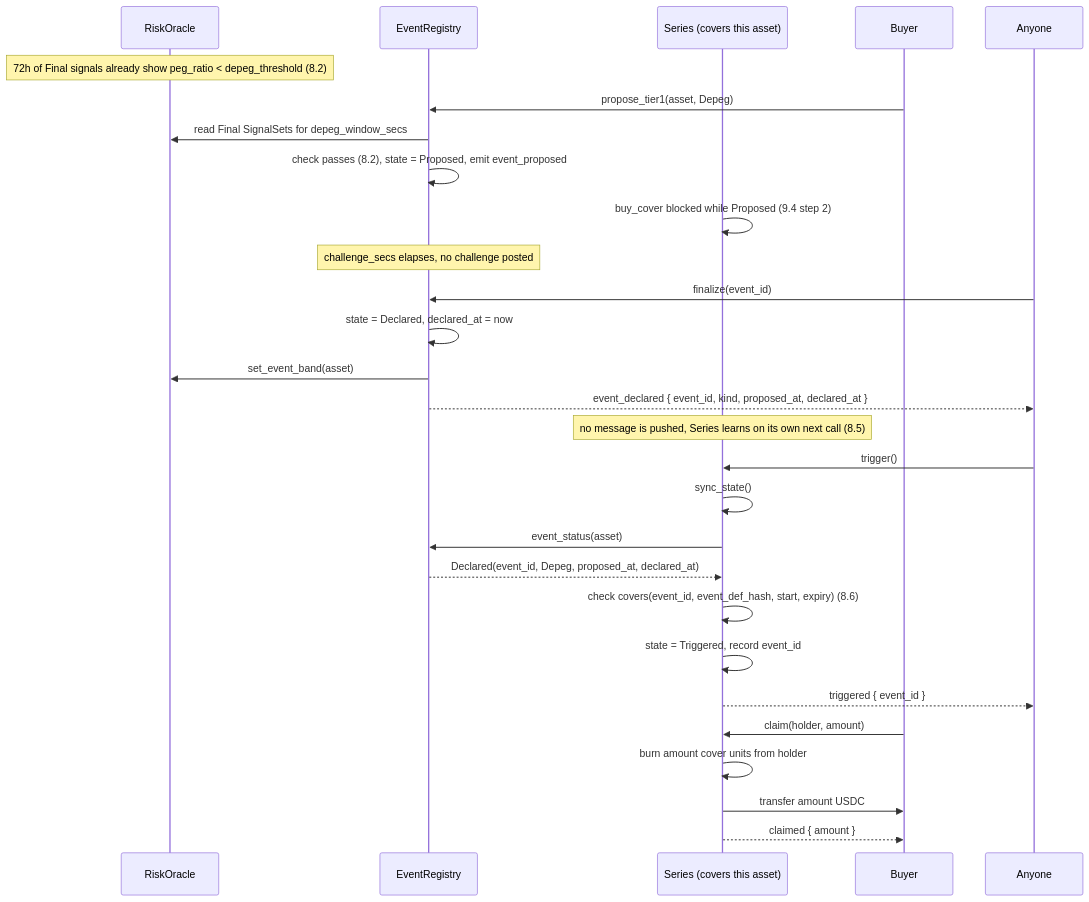
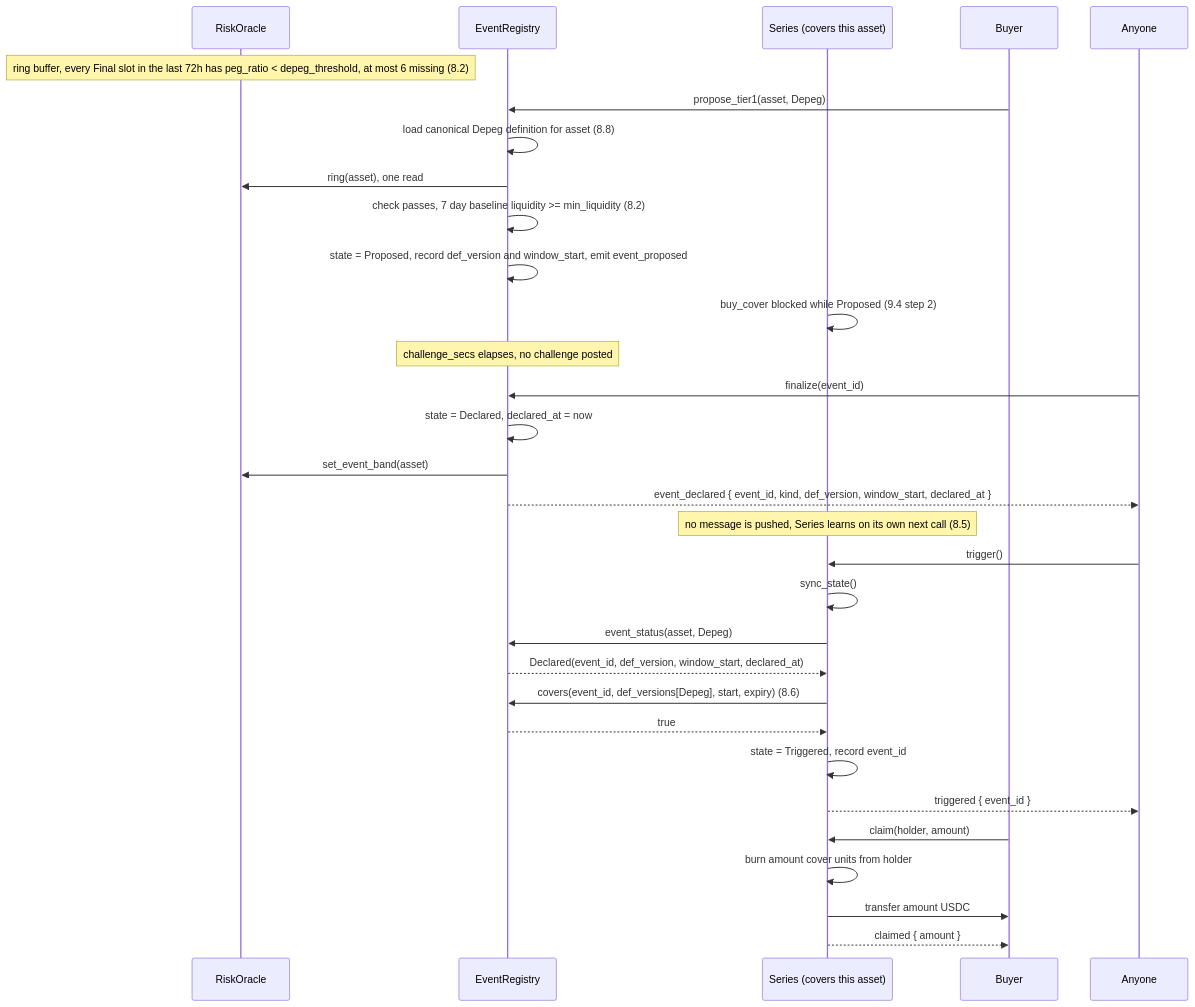
Before and after one commit to Sylox-labs/sylox: the eighth of 14 diagrams in technical-doc.md, drawn with Mermaid. The commit also changed other lines of this file, not shown here.

````diff
--- a/technical-doc.md
+++ b/technical-doc.md
@@ -648,33 +949,36 @@
 ```mermaid
 sequenceDiagram
   participant Oracle as RiskOracle
   participant Registry as EventRegistry
   participant Series as Series (covers this asset)
   participant Buyer
 
-  Note over Oracle: 72h of Final signals already show peg_ratio < depeg_threshold (8.2)
+  Note over Oracle: ring buffer, every Final slot in the last 72h has peg_ratio < depeg_threshold, at most 6 missing (8.2)
   Buyer->>Registry: propose_tier1(asset, Depeg)
-  Registry->>Oracle: read Final SignalSets for depeg_window_secs
-  Registry->>Registry: check passes (8.2), state = Proposed, emit event_proposed
+  Registry->>Registry: load canonical Depeg definition for asset (8.8)
+  Registry->>Oracle: ring(asset), one read
+  Registry->>Registry: check passes, 7 day baseline liquidity >= min_liquidity (8.2)
+  Registry->>Registry: state = Proposed, record def_version and window_start, emit event_proposed
   Series->>Series: buy_cover blocked while Proposed (9.4 step 2)
 
   Note over Registry: challenge_secs elapses, no challenge posted
   Anyone->>Registry: finalize(event_id)
   Registry->>Registry: state = Declared, declared_at = now
   Registry->>Oracle: set_event_band(asset)
-  Registry-->>Anyone: event_declared { event_id, kind, proposed_at, declared_at }
+  Registry-->>Anyone: event_declared { event_id, kind, def_version, window_start, declared_at }
 
   Note over Series: no message is pushed, Series learns on its own next call (8.5)
   Anyone->>Series: trigger()
   Series->>Series: sync_state()
-  Series->>Registry: event_status(asset)
-  Registry-->>Series: Declared(event_id, Depeg, proposed_at, declared_at)
-  Series->>Series: check covers(event_id, event_def_hash, start, expiry) (8.6)
+  Series->>Registry: event_status(asset, Depeg)
+  Registry-->>Series: Declared(event_id, def_version, window_start, declared_at)
+  Series->>Registry: covers(event_id, def_versions[Depeg], start, expiry) (8.6)
+  Registry-->>Series: true
   Series->>Series: state = Triggered, record event_id
   Series-->>Anyone: triggered { event_id }
 
   Buyer->>Series: claim(holder, amount)
   Series->>Series: burn amount cover units from holder
   Series->>Buyer: transfer amount USDC
   Series-->>Buyer: claimed { amount }
 ```
````
